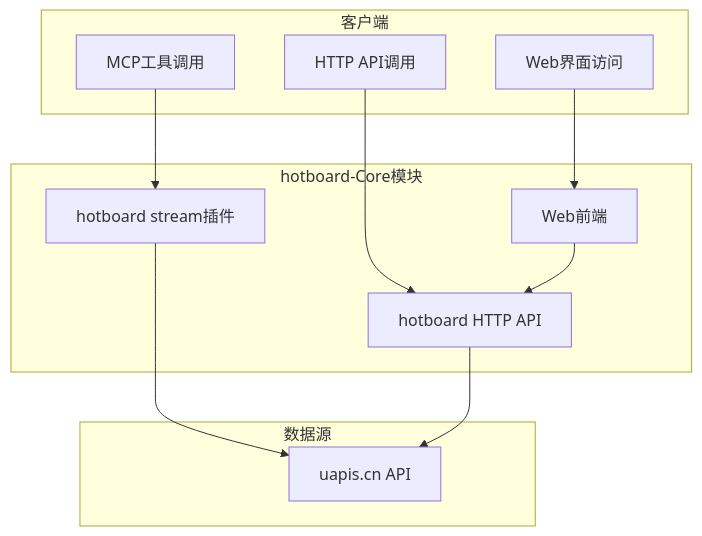
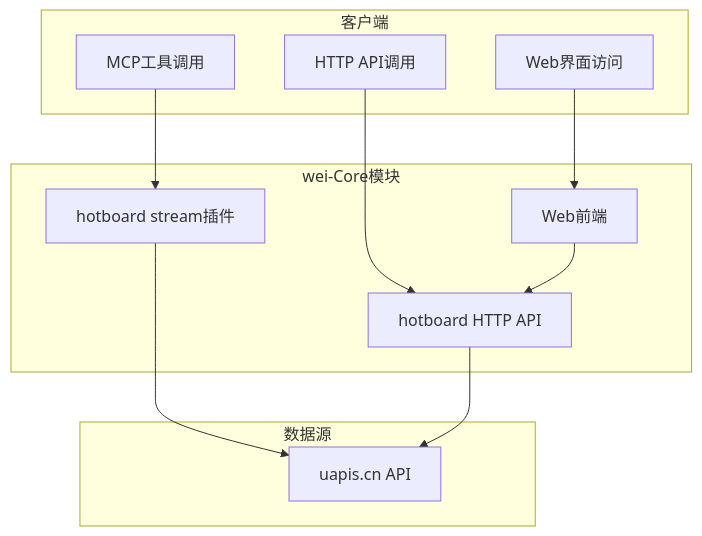
One commit to liuyingjiang-wei/wei-Core changed the diagram in README.md. Above: the diagram before and after it, drawn with Mermaid. The commit also changed other lines of this file, not shown here.

````diff
--- a/README.md
+++ b/README.md
@@ -175,26 +175,26 @@
 ```mermaid
 flowchart TD
     subgraph 客户端
         A[MCP工具调用]
         B[HTTP API调用]
         C[Web界面访问]
     end
     
-    subgraph hotboard-Core模块
+    subgraph wei-Core模块
         D[hotboard stream插件]
         E[hotboard HTTP API]
         F[Web前端]
     end
     
     subgraph 数据源
         G[uapis.cn API]
     end
     
     A --> D
     B --> E
     C --> F
     
     D --> G
     E --> G
     F --> E
 ```
````
